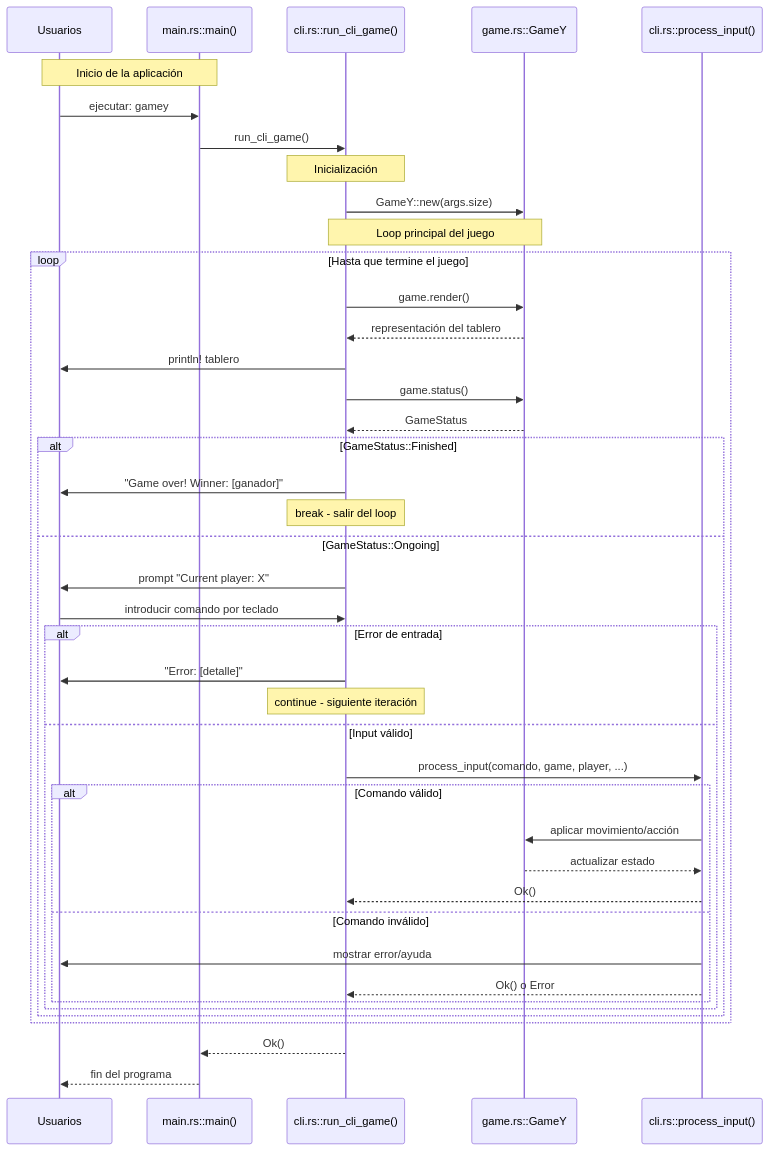
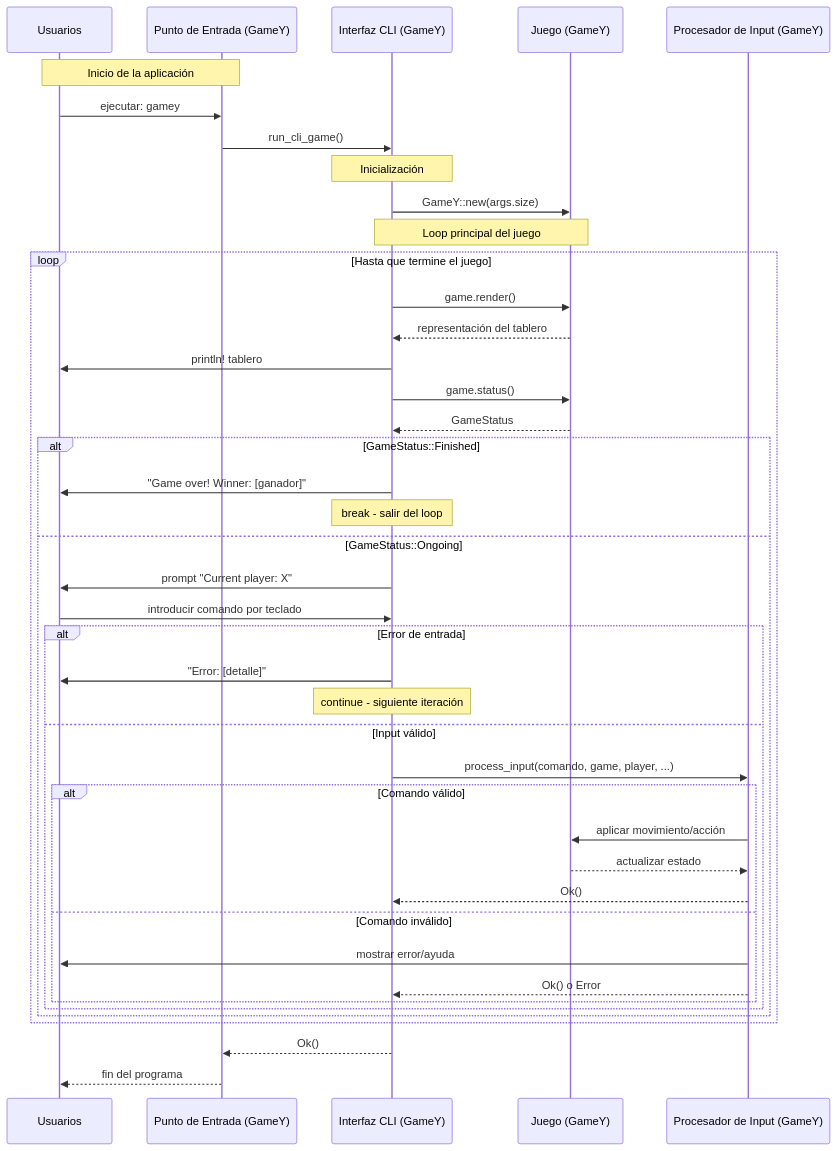
The first of 2 diagrams in docs/src/06_runtime_view.adoc (Arquisoft/yovi_es5c), drawn with Mermaid before and after one commit. The commit also changed other lines of this file, not shown here.

Commit message:
Cambio en el punto 6.
Se ha modificado el diagrama de secuencia sobre una partida para hacerlo más claro.

```diff
--- a/docs/src/06_runtime_view.adoc
+++ b/docs/src/06_runtime_view.adoc
@@ -51,53 +51,53 @@
-[mermaid,"Sequence diagram",png]
+[mermaid,"Sequence diagram Game Y",png]
 ----
 sequenceDiagram
     participant U as Usuarios
-    participant Main as main.rs::main()
-    participant CLI as cli.rs::run_cli_game()
-    participant Game as game.rs::GameY
-    participant PI as cli.rs::process_input()
+    participant Main as Punto de Entrada (GameY)
+    participant CLI as Interfaz CLI (GameY)
+    participant Game as Juego (GameY)
+    participant PI as Procesador de Input (GameY)
 
     Note over U,Main: Inicio de la aplicación
     U->>Main: ejecutar: gamey
     Main->>CLI: run_cli_game()
     
     Note over CLI: Inicialización
     CLI->>Game: GameY::new(args.size)
 
     Note over CLI,Game: Loop principal del juego
     loop Hasta que termine el juego
         CLI->>Game: game.render()
         Game-->>CLI: representación del tablero
         CLI->>U: println! tablero
         
         CLI->>Game: game.status()
         Game-->>CLI: GameStatus
         
         alt GameStatus::Finished
             CLI->>U: "Game over! Winner: [ganador]"
             Note over CLI: break - salir del loop
         else GameStatus::Ongoing
             CLI->>U: prompt "Current player: X"
             U->>CLI: introducir comando por teclado
             
             alt Error de entrada
                 CLI->>U: "Error: [detalle]"
                 Note over CLI: continue - siguiente iteración
             else Input válido
                 CLI->>PI: process_input(comando, game, player, ...)
                 
                 alt Comando válido
                     PI->>Game: aplicar movimiento/acción
                     Game-->>PI: actualizar estado
                     PI-->>CLI: Ok()
                 else Comando inválido
                     PI->>U: mostrar error/ayuda
                     PI-->>CLI: Ok() o Error
                 end
             end
         end
     end
     
     CLI-->>Main: Ok()
     Main-->>U: fin del programa
 ----
```
